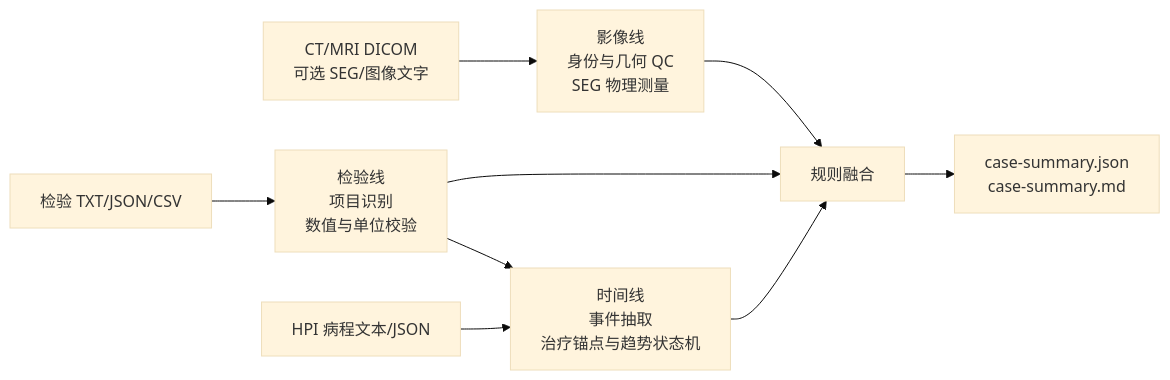
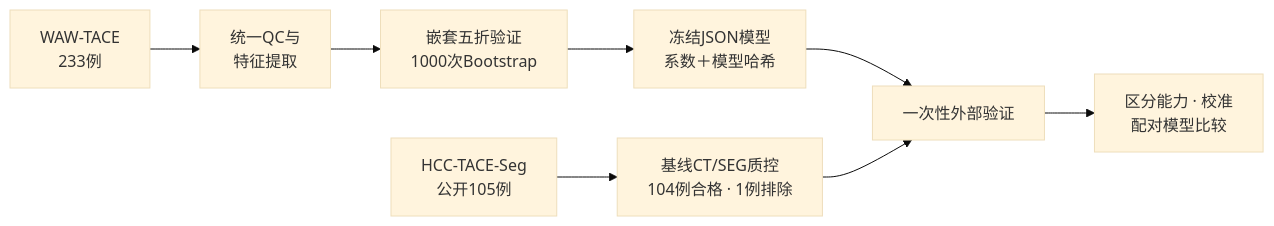
One commit to xhu014183-cmd/OncoFuse changed the first of 2 diagrams in README.zh-CN.md. Above: the diagram before and after it, drawn with Mermaid (base theme). The commit also changed other lines of this file and 1 other file, not shown here.

````diff
--- a/README.zh-CN.md
+++ b/README.zh-CN.md
@@ -162,11 +47,10 @@
 ```mermaid
 flowchart LR
-  A["CT/MRI DICOM<br/>可选 SEG/图像文字"] --> B["影像线<br/>身份与几何 QC<br/>SEG 物理测量"]
-  C["检验 TXT/JSON/CSV"] --> D["检验线<br/>项目识别<br/>数值与单位校验"]
-  E["HPI 病程文本/JSON"] --> F["时间线<br/>事件抽取<br/>治疗锚点与趋势状态机"]
-  B --> G["规则融合"]
-  D --> F
-  D --> G
-  F --> G
-  G --> H["case-summary.json<br/>case-summary.md"]
+    W["WAW-TACE<br/>233例"] --> Q1["统一QC与<br/>特征提取"]
+    Q1 --> CV["嵌套五折验证<br/>1000次Bootstrap"]
+    CV --> F["冻结JSON模型<br/>系数＋模型哈希"]
+    H["HCC-TACE-Seg<br/>公开105例"] --> Q2["基线CT/SEG质控<br/>104例合格 · 1例排除"]
+    F --> X["一次性外部验证"]
+    Q2 --> X
+    X --> R["区分能力 · 校准<br/>配对模型比较"]
 ```
````
